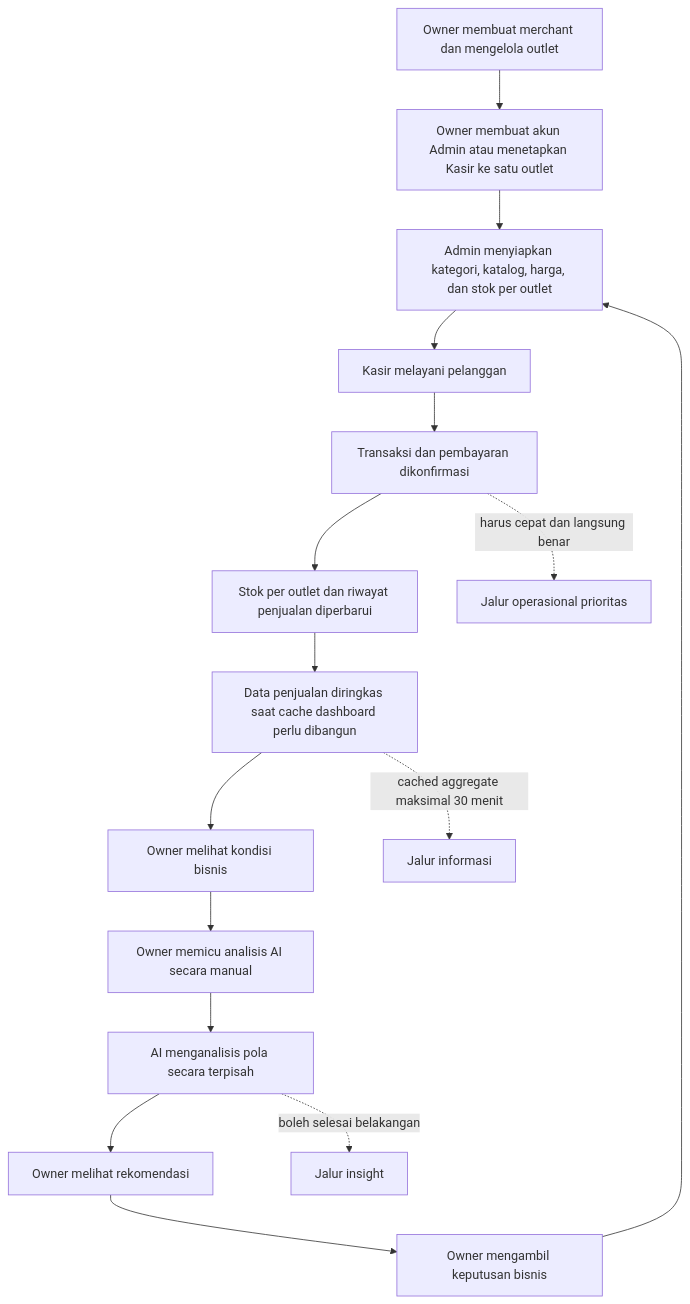
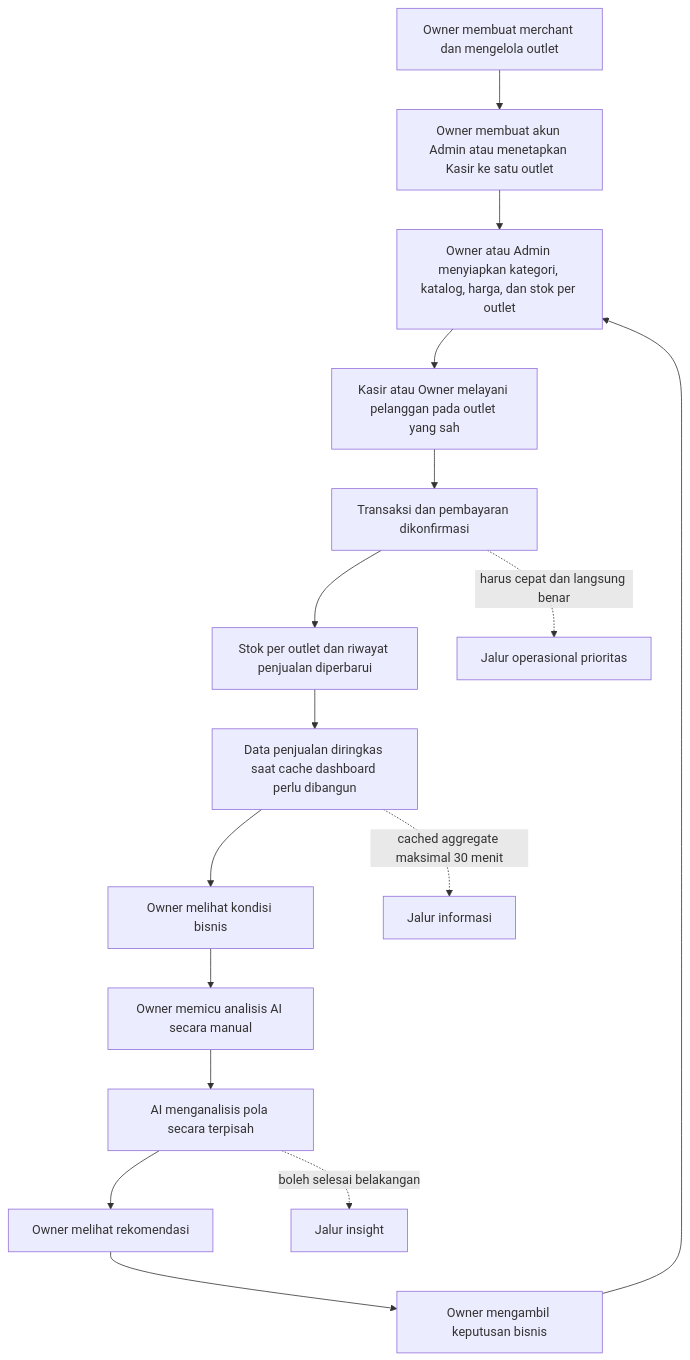
The first of 5 diagrams in docs/deliverables/01-iterasi-1-business-flow.md (TeamOneee/pos-project-be), drawn with Mermaid before and after one commit. The commit also changed other lines of this file and 4 other files, not shown here.

````diff
--- a/docs/deliverables/01-iterasi-1-business-flow.md
+++ b/docs/deliverables/01-iterasi-1-business-flow.md
@@ -116,3 +116,3 @@
 ```mermaid
-flowchart TD; A["Owner membuat merchant dan mengelola outlet"] --> B["Owner membuat akun Admin atau menetapkan Kasir ke satu outlet"]; B --> C["Admin menyiapkan kategori, katalog, harga, dan stok per outlet"]; C --> D["Kasir melayani pelanggan"]; D --> E["Transaksi dan pembayaran dikonfirmasi"]; E --> F["Stok per outlet dan riwayat penjualan diperbarui"]; F --> G["Data penjualan diringkas saat cache dashboard perlu dibangun"]; G --> H["Owner melihat kondisi bisnis"]; H --> I["Owner memicu analisis AI secara manual"]; I --> J["AI menganalisis pola secara terpisah"]; J --> K["Owner melihat rekomendasi"]; K --> L["Owner mengambil keputusan bisnis"]; L --> C; E -. "harus cepat dan langsung benar" .-> M["Jalur operasional prioritas"]; G -. "cached aggregate maksimal 30 menit" .-> N["Jalur informasi"]; J -. "boleh selesai belakangan" .-> P["Jalur insight"];
+flowchart TD; A["Owner membuat merchant dan mengelola outlet"] --> B["Owner membuat akun Admin atau menetapkan Kasir ke satu outlet"]; B --> C["Owner atau Admin menyiapkan kategori, katalog, harga, dan stok per outlet"]; C --> D["Kasir atau Owner melayani pelanggan pada outlet yang sah"]; D --> E["Transaksi dan pembayaran dikonfirmasi"]; E --> F["Stok per outlet dan riwayat penjualan diperbarui"]; F --> G["Data penjualan diringkas saat cache dashboard perlu dibangun"]; G --> H["Owner melihat kondisi bisnis"]; H --> I["Owner memicu analisis AI secara manual"]; I --> J["AI menganalisis pola secara terpisah"]; J --> K["Owner melihat rekomendasi"]; K --> L["Owner mengambil keputusan bisnis"]; L --> C; E -. "harus cepat dan langsung benar" .-> M["Jalur operasional prioritas"]; G -. "cached aggregate maksimal 30 menit" .-> N["Jalur informasi"]; J -. "boleh selesai belakangan" .-> P["Jalur insight"];
 ```
````
